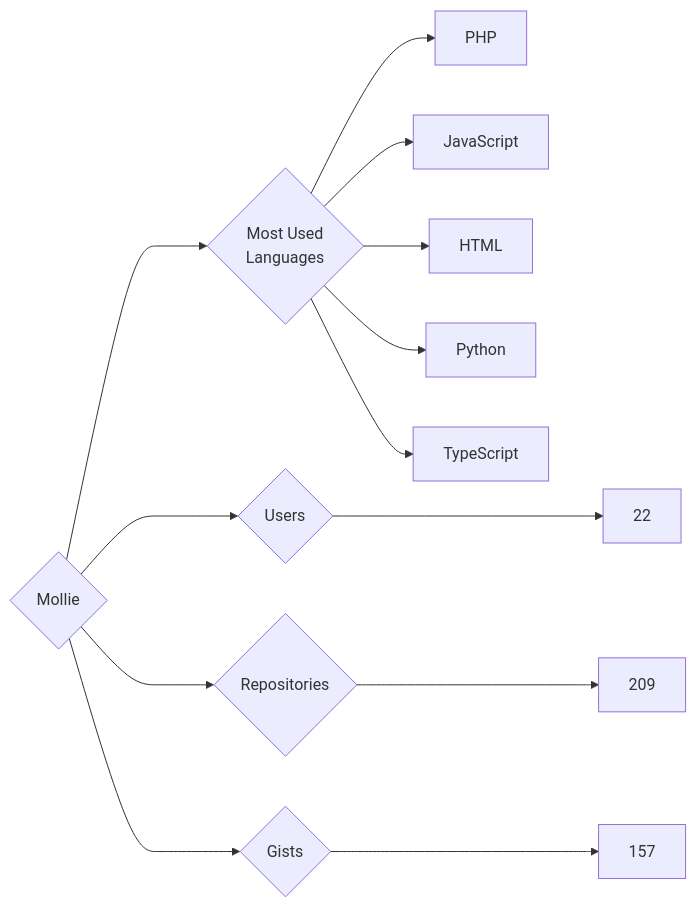
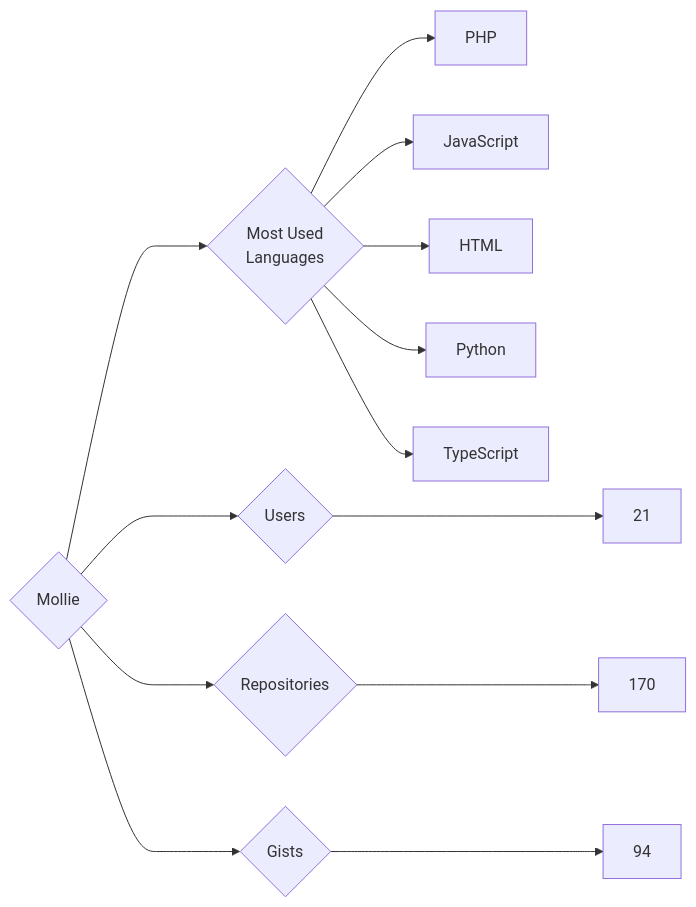
One commit to trickest/insiders changed the diagram in targets/Mollie/README.md. Above: the diagram before and after it, drawn with Mermaid. The commit also changed 877 other files, not shown here.

````diff
--- a/targets/Mollie/README.md
+++ b/targets/Mollie/README.md
@@ -3,13 +3,13 @@
 ```mermaid
 graph LR
 COMPANY_NAME{Mollie}
-COMPANY_NAME ---> U{Users} ---> UN[22]
-COMPANY_NAME ---> R{Repositories} ---> RN[209]
-COMPANY_NAME ---> G{Gists} ---> GN[157]
+COMPANY_NAME ---> U{Users} ---> UN[21]
+COMPANY_NAME ---> R{Repositories} ---> RN[170]
+COMPANY_NAME ---> G{Gists} ---> GN[94]
 COMPANY_NAME ---> ML{Most Used<br>Languages}
 ML --> PHP[PHP]
 ML --> JavaScript[JavaScript]
 ML --> HTML[HTML]
 ML --> Python[Python]
 ML --> TypeScript[TypeScript]
 ```
````
